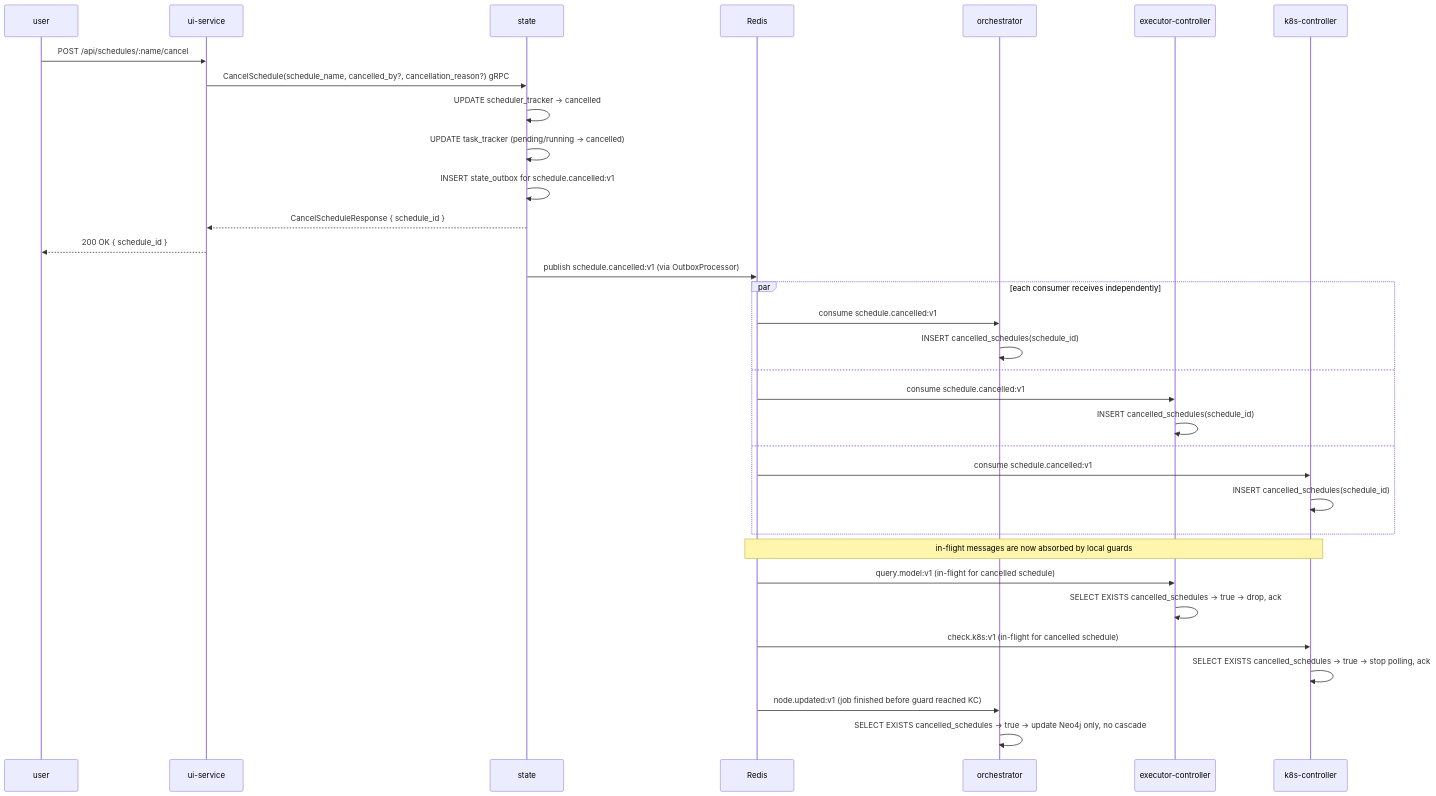
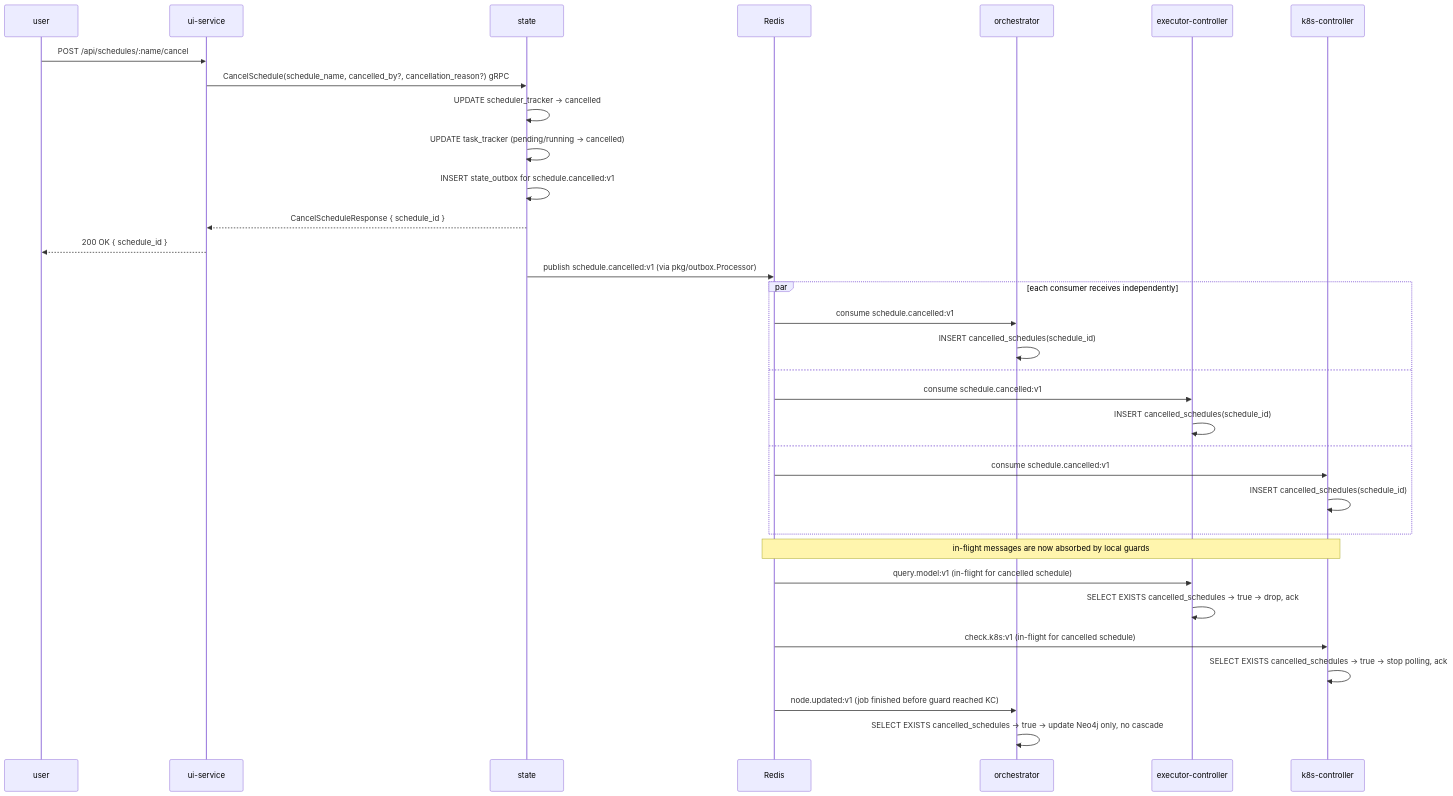
Before and after one commit to carolsimone/continuo: the sixth of 10 diagrams in docs/arch/03-sequence-flows.md, drawn with Mermaid. The commit also changed other lines of this file and 7 other files, not shown here.

First line of the commit message:
docs(arch): reconcile per-service outbox docs with shared pkg/outbox

````diff
--- a/docs/arch/03-sequence-flows.md
+++ b/docs/arch/03-sequence-flows.md
@@ -176,42 +176,42 @@
 ```mermaid
 sequenceDiagram
   participant U as user
   participant UI as ui-service
   participant ST as state
   participant R as Redis
   participant OR as orchestrator
   participant EC as executor-controller
   participant KC as k8s-controller
 
   U->>UI: POST /api/schedules/:name/cancel
   UI->>ST: CancelSchedule(schedule_name, cancelled_by?, cancellation_reason?) gRPC
   ST->>ST: UPDATE scheduler_tracker → cancelled
   ST->>ST: UPDATE task_tracker (pending/running → cancelled)
   ST->>ST: INSERT state_outbox for schedule.cancelled:v1
   ST-->>UI: CancelScheduleResponse { schedule_id }
   UI-->>U: 200 OK { schedule_id }
 
-  ST->>R: publish schedule.cancelled:v1 (via OutboxProcessor)
+  ST->>R: publish schedule.cancelled:v1 (via pkg/outbox.Processor)
 
   par each consumer receives independently
     R->>OR: consume schedule.cancelled:v1
     OR->>OR: INSERT cancelled_schedules(schedule_id)
   and
     R->>EC: consume schedule.cancelled:v1
     EC->>EC: INSERT cancelled_schedules(schedule_id)
   and
     R->>KC: consume schedule.cancelled:v1
     KC->>KC: INSERT cancelled_schedules(schedule_id)
   end
 
   note over R,KC: in-flight messages are now absorbed by local guards
 
   R->>EC: query.model:v1 (in-flight for cancelled schedule)
   EC->>EC: SELECT EXISTS cancelled_schedules → true → drop, ack
 
   R->>KC: check.k8s:v1 (in-flight for cancelled schedule)
   KC->>KC: SELECT EXISTS cancelled_schedules → true → stop polling, ack
 
   R->>OR: node.updated:v1 (job finished before guard reached KC)
   OR->>OR: SELECT EXISTS cancelled_schedules → true → update Neo4j only, no cascade
 ```
````
